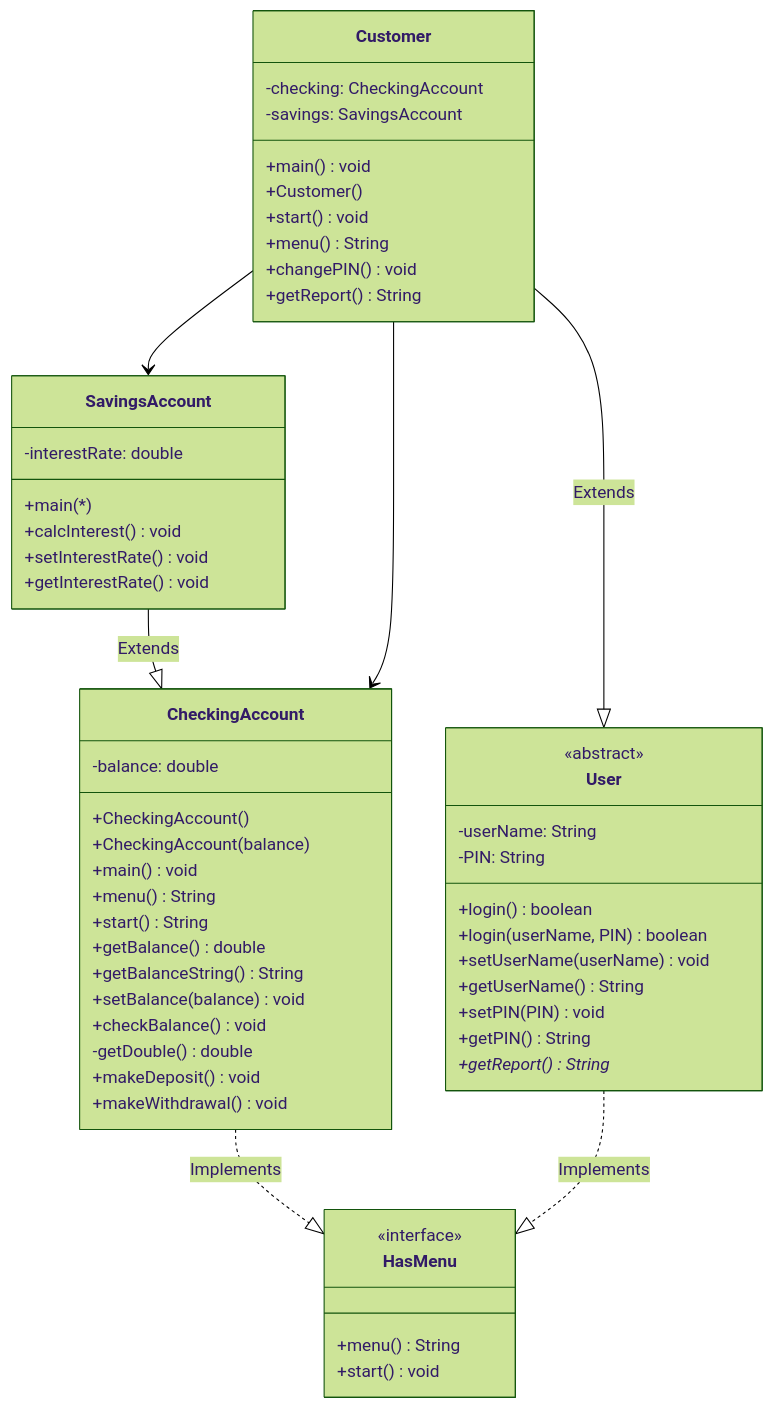
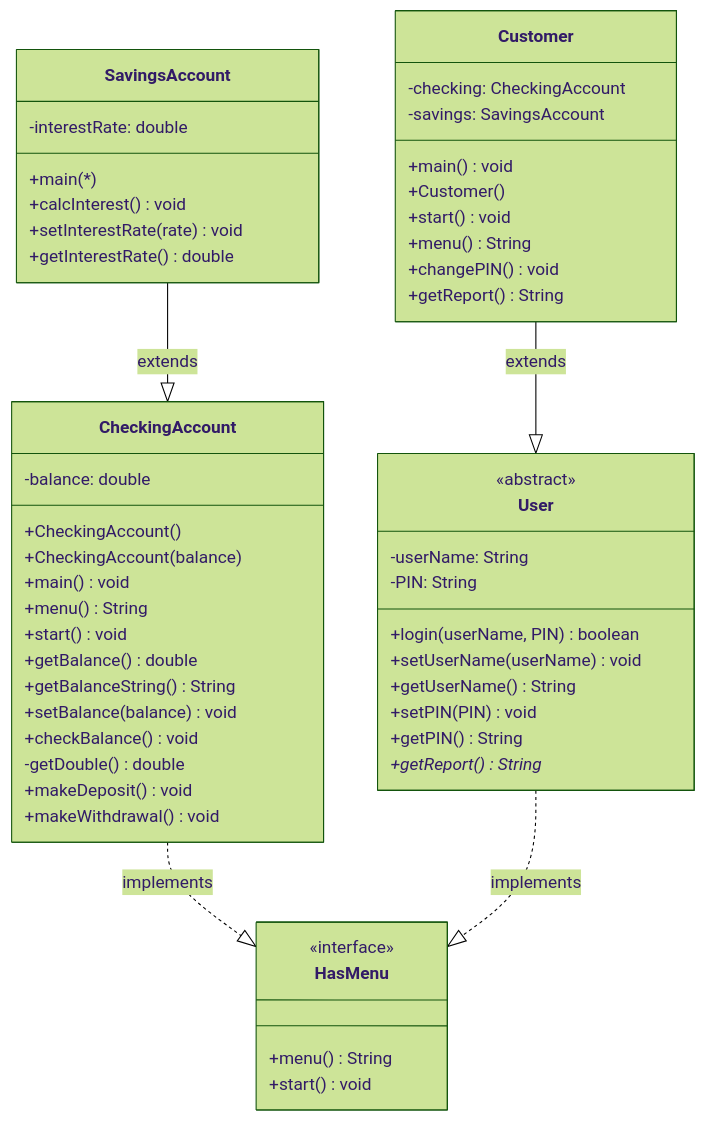
Before and after one commit to dremartins101/bank-on-it-part1: the diagram in README.md, drawn with Mermaid (forest theme).

Commit message:
readme fix

````diff
--- a/README.md
+++ b/README.md
@@ -4,64 +4,62 @@
 ```mermaid
 
 classDiagram
     class HasMenu {
         <<interface>>
         +menu() String
         +start() void
     }
 
     class CheckingAccount {
         -balance: double
         +CheckingAccount()
         +CheckingAccount(balance)
         +main() void
         +menu() String
-        +start() String
+        +start() void
         +getBalance() double
         +getBalanceString() String
         +setBalance(balance) void
         +checkBalance() void
         -getDouble() double
         +makeDeposit() void
         +makeWithdrawal() void
     }
 
     class SavingsAccount {
         -interestRate: double
         +main(*)
         +calcInterest() void
-        +setInterestRate() void
-        +getInterestRate() void
+        +setInterestRate(rate) void
+        +getInterestRate() double
     }
 
     class User {
         <<abstract>>
         -userName: String
         -PIN: String
-        +login() boolean
         +login(userName, PIN) boolean
         +setUserName(userName) void
         +getUserName() String
         +setPIN(PIN) void
         +getPIN() String
         +getReport() String*
     }
 
     class Customer {
         -checking: CheckingAccount
         -savings: SavingsAccount
         +main() void
         +Customer()
         +start() void
         +menu() String
         +changePIN() void
         +getReport() String
     }
 
-    CheckingAccount ..|> HasMenu : Implements
-    User ..|> HasMenu : Implements
-    SavingsAccount --|> CheckingAccount : Extends
-    Customer --|> User : Extends
-    Customer --> CheckingAccount
-    Customer --> SavingsAccount
+    %% Hierarchy Connections
+    CheckingAccount ..|> HasMenu : implements
+    User ..|> HasMenu : implements
+    SavingsAccount --|> CheckingAccount : extends
+    Customer --|> User : extends
 ```
````
